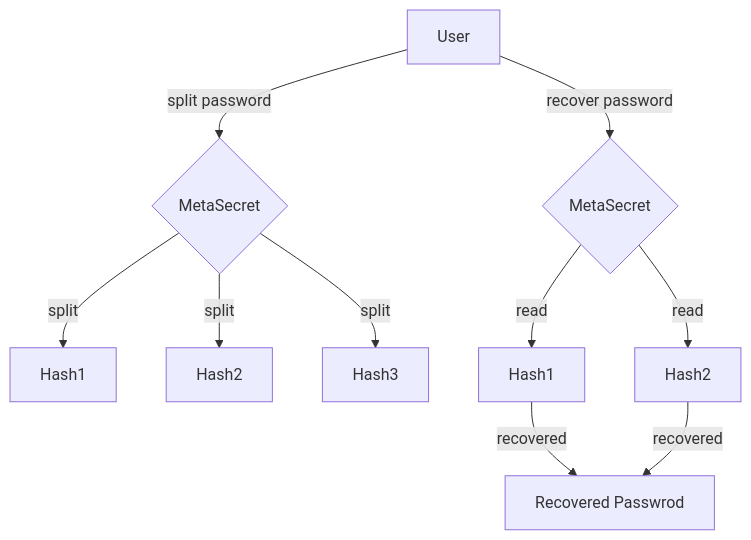
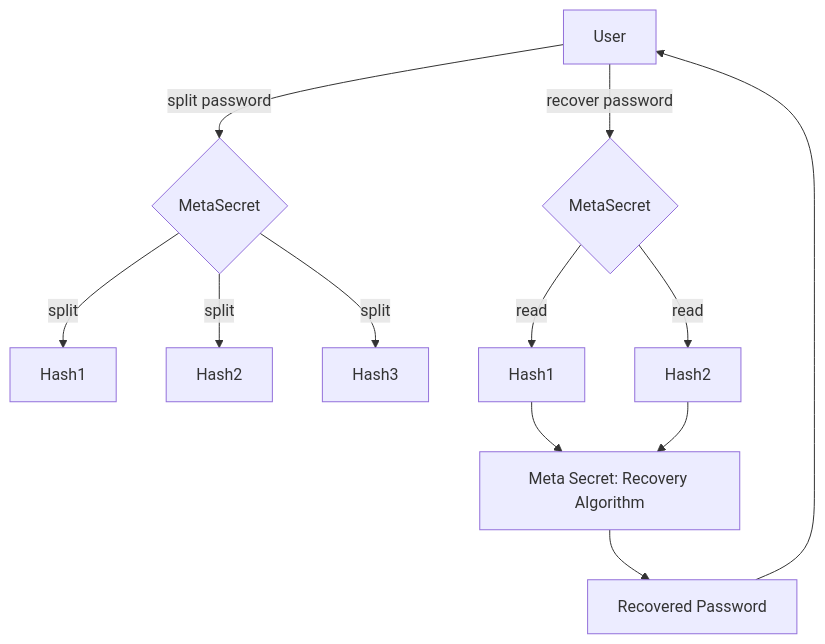
One commit to meta-secret/meta-secret-node changed the diagram in README.md. Above: the diagram before and after it, drawn with Mermaid.

Commit message:
readme: app workflow design improvement 3

````diff
--- a/README.md
+++ b/README.md
@@ -8,13 +8,15 @@
 ```mermaid
 graph TD
     User --> |split password| MSS{MetaSecret}
     MSS --> |split| Hash1
     MSS --> |split| Hash2
     MSS --> |split| Hash3
     
     User --> |recover password| MSR{MetaSecret}
     MSR --> |read| HH1[Hash1]
     MSR --> |read| HH2[Hash2]
-    HH1 --> |recovered| RP[Recovered Passwrod]
-    HH2 --> |recovered| RP[Recovered Passwrod]
+    HH1 --> RecoverAlgo[Meta Secret: Recovery Algorithm]
+    HH2 --> RecoverAlgo
+    RecoverAlgo --> RP[Recovered Password]
+    RP --> User
 ```
````
